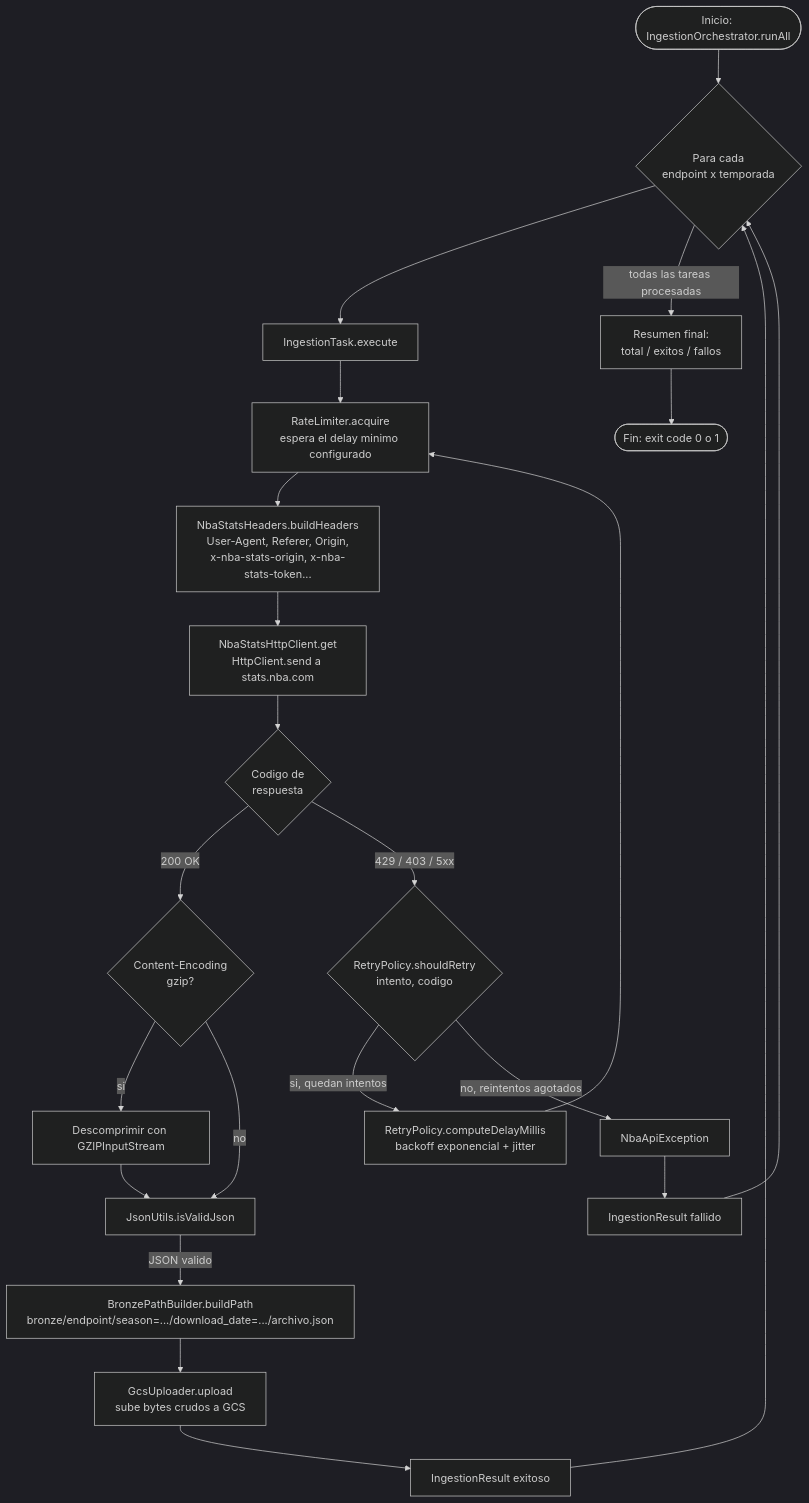
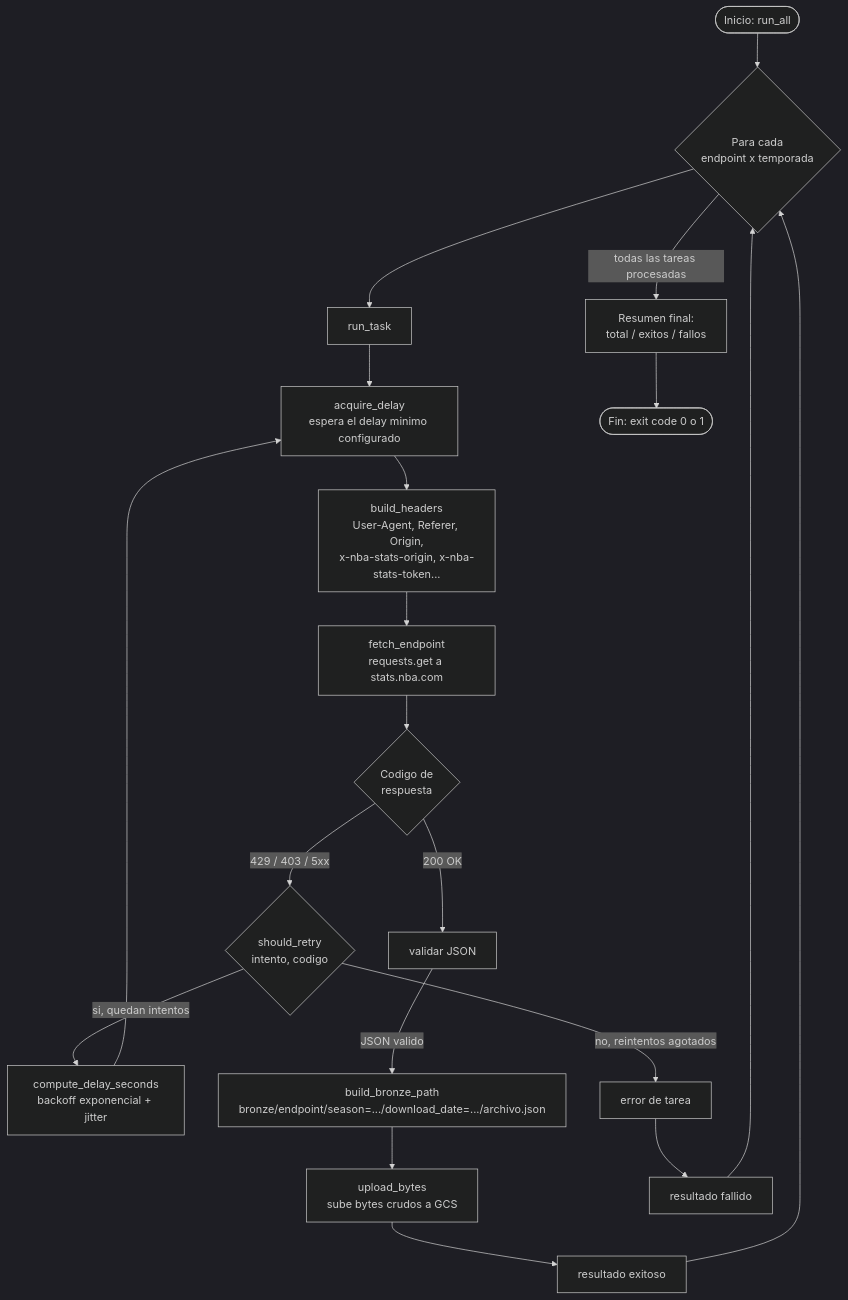
The diagram in ARCHITECTURE.md (ghe0034/all_nba_numbers), drawn with Mermaid (dark theme) before and after one commit. The commit also changed other lines of this file and 29 other files, not shown here.

````diff
--- a/ARCHITECTURE.md
+++ b/ARCHITECTURE.md
@@ -23,33 +26,30 @@
 ```mermaid
 flowchart TD
-    Start([Inicio: IngestionOrchestrator.runAll]) --> Loop{Para cada<br/>endpoint x temporada}
-    Loop --> Task[IngestionTask.execute]
+    Start([Inicio: run_all]) --> Loop{Para cada<br/>endpoint x temporada}
+    Loop --> Task[run_task]
 
-    Task --> RateLimit[RateLimiter.acquire<br/>espera el delay minimo configurado]
-    RateLimit --> Headers[NbaStatsHeaders.buildHeaders<br/>User-Agent, Referer, Origin,<br/>x-nba-stats-origin, x-nba-stats-token...]
-    Headers --> Send[NbaStatsHttpClient.get<br/>HttpClient.send a stats.nba.com]
+    Task --> RateLimit[acquire_delay<br/>espera el delay minimo configurado]
+    RateLimit --> Headers[build_headers<br/>User-Agent, Referer, Origin,<br/>x-nba-stats-origin, x-nba-stats-token...]
+    Headers --> Send[fetch_endpoint<br/>requests.get a stats.nba.com]
 
     Send --> Status{Codigo de<br/>respuesta}
 
-    Status -->|200 OK| Gzip{Content-Encoding<br/>gzip?}
-    Gzip -->|si| Decompress[Descomprimir con GZIPInputStream]
-    Gzip -->|no| Validate
-    Decompress --> Validate[JsonUtils.isValidJson]
+    Status -->|200 OK| Validate[validar JSON]
 
-    Status -->|429 / 403 / 5xx| Retry{RetryPolicy.shouldRetry<br/>intento, codigo}
-    Retry -->|si, quedan intentos| Backoff[RetryPolicy.computeDelayMillis<br/>backoff exponencial + jitter]
+    Status -->|429 / 403 / 5xx| Retry{should_retry<br/>intento, codigo}
+    Retry -->|si, quedan intentos| Backoff[compute_delay_seconds<br/>backoff exponencial + jitter]
     Backoff --> RateLimit
-    Retry -->|no, reintentos agotados| Fail[NbaApiException]
+    Retry -->|no, reintentos agotados| Fail[error de tarea]
 
-    Validate -->|JSON valido| BuildPath[BronzePathBuilder.buildPath<br/>bronze/endpoint/season=.../download_date=.../archivo.json]
-    BuildPath --> Upload[GcsUploader.upload<br/>sube bytes crudos a GCS]
-    Upload --> Success[IngestionResult exitoso]
+    Validate -->|JSON valido| BuildPath[build_bronze_path<br/>bronze/endpoint/season=.../download_date=.../archivo.json]
+    BuildPath --> Upload[upload_bytes<br/>sube bytes crudos a GCS]
+    Upload --> Success[resultado exitoso]
 
-    Fail --> ResultFail[IngestionResult fallido]
+    Fail --> ResultFail[resultado fallido]
 
     Success --> Loop
     ResultFail --> Loop
 
     Loop -->|todas las tareas procesadas| Summary[Resumen final:<br/>total / exitos / fallos]
     Summary --> End([Fin: exit code 0 o 1])
 ```
````
